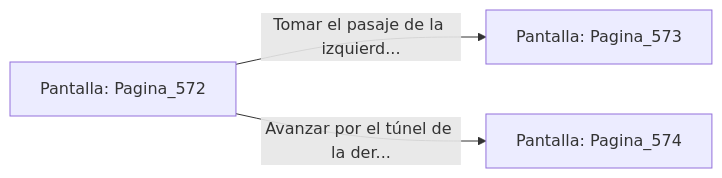
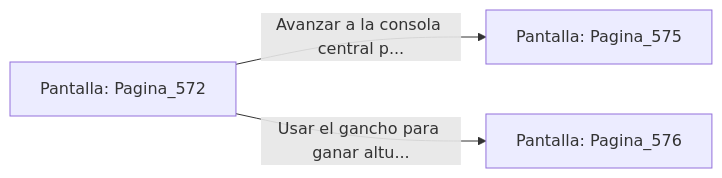
One commit to metsuke/mpl changed the diagram in sample/eligejuego-vault/Pantalla_Pagina_572.md. Above: the diagram before and after it, drawn with Mermaid. The commit also changed other lines of this file and 635 other files, not shown here.

First line of the commit message:
fix: añadir Pagina_1 como pantalla inicial en capitulo_01.mpl

````diff
--- a/sample/eligejuego-vault/Pantalla_Pagina_572.md
+++ b/sample/eligejuego-vault/Pantalla_Pagina_572.md
@@ -20,6 +22,6 @@
 ```mermaid
 graph LR
     P_Pagina_572["Pantalla: Pagina_572"]
-    P_Pagina_572 -->|"Tomar el pasaje de la izquierd..."| P_Pagina_573["Pantalla: Pagina_573"]
-    P_Pagina_572 -->|"Avanzar por el túnel de la der..."| P_Pagina_574["Pantalla: Pagina_574"]
+    P_Pagina_572 -->|"Avanzar a la consola central p..."| P_Pagina_575["Pantalla: Pagina_575"]
+    P_Pagina_572 -->|"Usar el gancho para ganar altu..."| P_Pagina_576["Pantalla: Pagina_576"]
 ```
````
